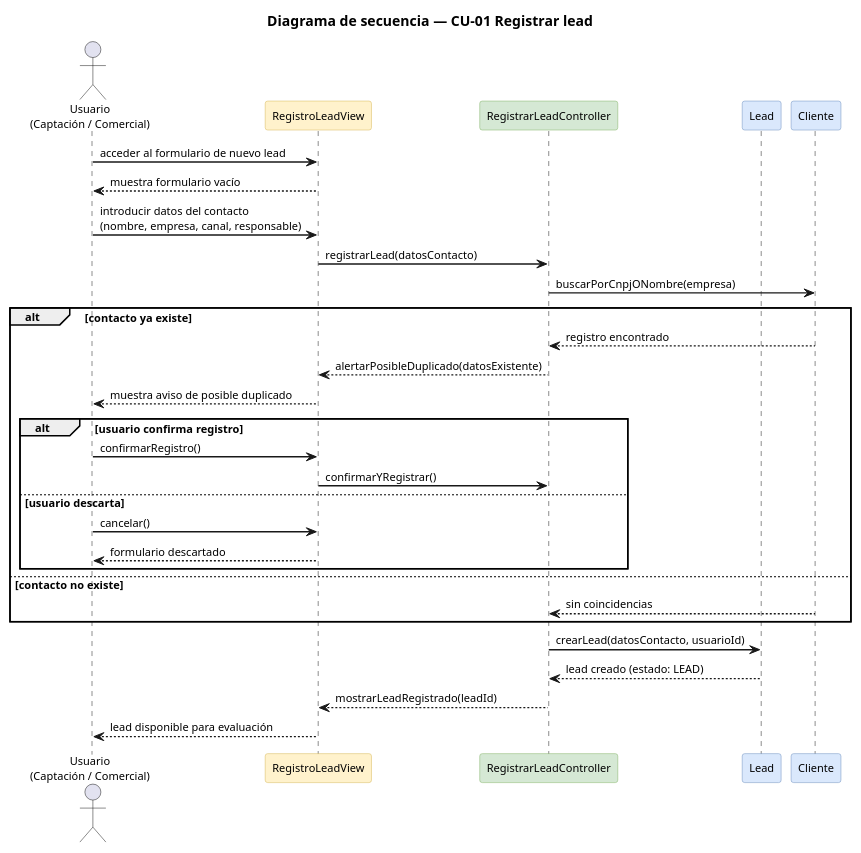
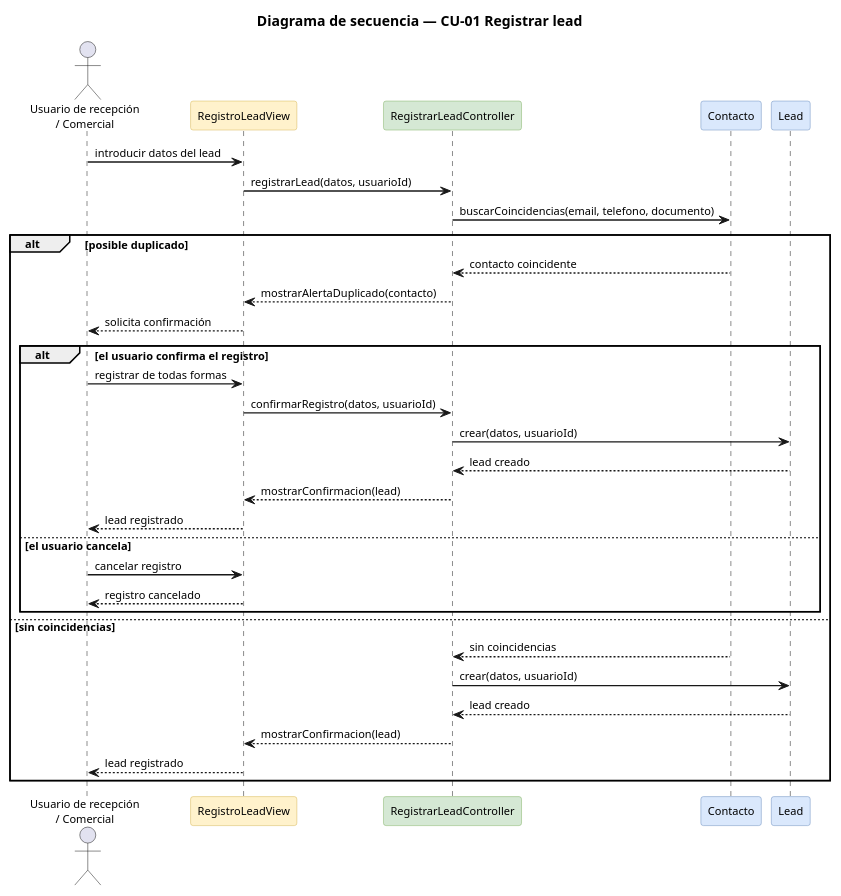
Before and after one commit to BrendaLopes/TFG-CRM-BROOKS: the diagram in docs/analisis-diseno/3.2-analisis-casos-de-uso/secuencia-CU01.puml, drawn with PlantUML. The commit also changed 17 other files, not shown here.

Commit message:
ultimas correciones diagramas arquitectura

```diff
--- a/docs/analisis-diseno/3.2-analisis-casos-de-uso/secuencia-CU01.puml
+++ b/docs/analisis-diseno/3.2-analisis-casos-de-uso/secuencia-CU01.puml
@@ -1,55 +1,55 @@
 @startuml
 title Diagrama de secuencia — CU-01 Registrar lead
 
 skinparam shadowing false
 skinparam sequenceArrowThickness 1.4
 skinparam defaultFontSize 11
 hide stereotype
 
 skinparam participant {
   BackgroundColor<<B>> #fff2cc
   BorderColor<<B>> #d6b656
   BackgroundColor<<C>> #d5e8d4
   BorderColor<<C>> #82b366
   BackgroundColor<<E>> #dae8fc
   BorderColor<<E>> #6c8ebf
 }
 
-actor "Usuario\n(Captación / Comercial)" as Usuario
+actor "Usuario de recepción\n/ Comercial" as Usuario
 
 participant "RegistroLeadView" as View <<B>>
 participant "RegistrarLeadController" as Ctrl <<C>>
-participant "Lead" as LeadModel <<E>>
-participant "Cliente" as ClienteModel <<E>>
+participant "Contacto" as Contacto <<E>>
+participant "Lead" as Lead <<E>>
 
-Usuario -> View : acceder al formulario de nuevo lead
-View --> Usuario : muestra formulario vacío
+Usuario -> View : introducir datos del lead
+View -> Ctrl : registrarLead(datos, usuarioId)
 
-Usuario -> View : introducir datos del contacto\n(nombre, empresa, canal, responsable)
-View -> Ctrl : registrarLead(datosContacto)
+Ctrl -> Contacto : buscarCoincidencias(email, telefono, documento)
 
-Ctrl -> ClienteModel : buscarPorCnpjONombre(empresa)
+alt posible duplicado
+  Contacto --> Ctrl : contacto coincidente
+  Ctrl --> View : mostrarAlertaDuplicado(contacto)
+  View --> Usuario : solicita confirmación
 
-alt contacto ya existe
-  ClienteModel --> Ctrl : registro encontrado
-  Ctrl --> View : alertarPosibleDuplicado(datosExistente)
-  View --> Usuario : muestra aviso de posible duplicado
+  alt el usuario confirma el registro
+    Usuario -> View : registrar de todas formas
+    View -> Ctrl : confirmarRegistro(datos, usuarioId)
+    Ctrl -> Lead : crear(datos, usuarioId)
+    Lead --> Ctrl : lead creado
+    Ctrl --> View : mostrarConfirmacion(lead)
+    View --> Usuario : lead registrado
+  else el usuario cancela
+    Usuario -> View : cancelar registro
+    View --> Usuario : registro cancelado
+  end
 
-  alt usuario confirma registro
-    Usuario -> View : confirmarRegistro()
-    View -> Ctrl : confirmarYRegistrar()
-  else usuario descarta
-    Usuario -> View : cancelar()
-    View --> Usuario : formulario descartado
-  end
-else contacto no existe
-  ClienteModel --> Ctrl : sin coincidencias
+else sin coincidencias
+  Contacto --> Ctrl : sin coincidencias
+  Ctrl -> Lead : crear(datos, usuarioId)
+  Lead --> Ctrl : lead creado
+  Ctrl --> View : mostrarConfirmacion(lead)
+  View --> Usuario : lead registrado
 end
 
-Ctrl -> LeadModel : crearLead(datosContacto, usuarioId)
-LeadModel --> Ctrl : lead creado (estado: LEAD)
-
-Ctrl --> View : mostrarLeadRegistrado(leadId)
-View --> Usuario : lead disponible para evaluación
-
 @enduml
```
